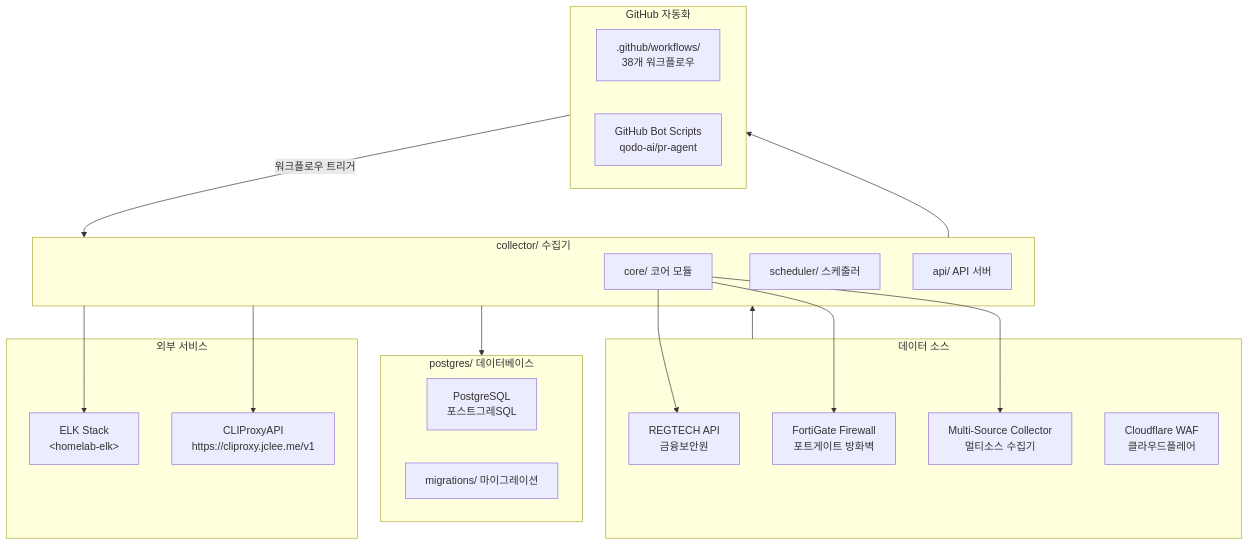
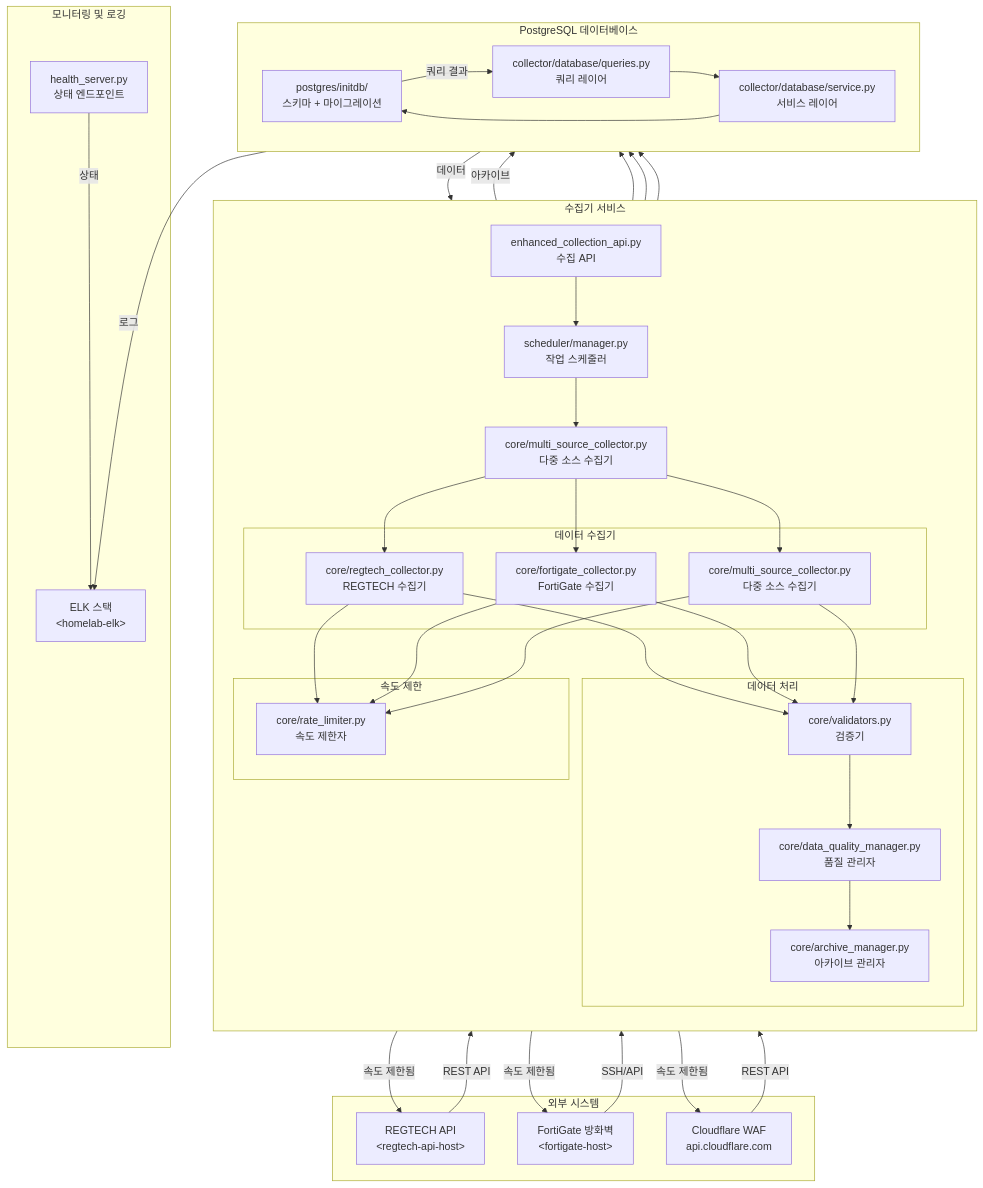
Before and after one commit to jclee941/blacklist: the second of 2 diagrams in README.md, drawn with Mermaid. The commit also changed other lines of this file, not shown here.

````diff
--- a/README.md
+++ b/README.md
@@ -470,41 +409,82 @@
 ```mermaid
 flowchart TB
-    subgraph DataSources["데이터 소스"]
-        REGTECH["REGTECH API<br/>금융보안원"]
-        FORTIGATE["FortiGate Firewall<br/>포트게이트 방화벽"]
-        MULTI["Multi-Source Collector<br/>멀티소스 수집기"]
-        CLOUDFLARE["Cloudflare WAF<br/>클라우드플레어"]
+    subgraph External["외부 시스템"]
+        REGTECH["REGTECH API<br/>&lt;regtech-api-host&gt;"]
+        FortiGate["FortiGate 방화벽<br/>&lt;fortigate-host&gt;"]
+        Cloudflare["Cloudflare WAF<br/>api.cloudflare.com"]
     end
 
-    subgraph Collector["collector/ 수집기"]
-        CORE["core/ 코어 모듈"]
-        SCHEDULER["scheduler/ 스케줄러"]
-        API["api/ API 서버"]
-
-        CORE --> FORTIGATE
-        CORE --> REGTECH
-        CORE --> MULTI
+    subgraph Collector["수집기 서비스"]
+        direction TB
+        API["enhanced_collection_api.py<br/>수집 API"]
+        Scheduler["scheduler/manager.py<br/>작업 스케줄러"]
+        Core["core/multi_source_collector.py<br/>다중 소스 수집기"]
+        
+        subgraph Collectors["데이터 수집기"]
+            RT["core/regtech_collector.py<br/>REGTECH 수집기"]
+            FG["core/fortigate_collector.py<br/>FortiGate 수집기"]
+            MS["core/multi_source_collector.py<br/>다중 소스 수집기"]
+        end
+        
+        subgraph Processing["데이터 처리"]
+            VAL["core/validators.py<br/>검증기"]
+            QM["core/data_quality_manager.py<br/>품질 관리자"]
+            AM["core/archive_manager.py<br/>아카이브 관리자"]
+        end
+        
+        subgraph RateLimit["속도 제한"]
+            RL["core/rate_limiter.py<br/>속도 제한자"]
+        end
     end
 
-    subgraph Database["postgres/ 데이터베이스"]
-        PG["PostgreSQL<br/>포스트그레SQL"]
-        MIGRATIONS["migrations/ 마이그레이션"]
+    subgraph Database["PostgreSQL 데이터베이스"]
+        direction LR
+        PGB["postgres/initdb/<br/>스키마 + 마이그레이션"]
+        QUERIES["collector/database/queries.py<br/>쿼리 레이어"]
+        SERVICE["collector/database/service.py<br/>서비스 레이어"]
     end
 
-    subgraph GitHubAutomation["GitHub 자동화"]
-        WORKFLOWS[".github/workflows/<br/>38개 워크플로우"]
-        BOTS["GitHub Bot Scripts<br/>qodo-ai/pr-agent"]
+    subgraph Monitoring["모니터링 및 로깅"]
+        ELK["ELK 스택<br/>&lt;homelab-elk&gt;"]
+        HEALTH["health_server.py<br/>상태 엔드포인트"]
     end
 
-    subgraph ExternalServices["외부 서비스"]
-        ELK["ELK Stack<br/>&lt;homelab-elk&gt;"]
-        PROXY["CLIProxyAPI<br/>https://cliproxy.jclee.me/v1"]
-    end
-
-    DataSources --> Collector
-    Collector --> Database
-    Collector --> GitHubAutomation
-    GitHubAutomation -->|"워크플로우 트리거"| Collector
-    Collector --> ELK
-    Collector --> PROXY
+    REGTECH -->|"REST API"| RT
+    FortiGate -->|"SSH/API"| FG
+    Cloudflare -->|"REST API"| MS
+    
+    API --> Scheduler
+    Scheduler --> Core
+    Core --> RT
+    Core --> FG
+    Core --> MS
+    
+    RT --> VAL
+    FG --> VAL
+    MS --> VAL
+    
+    VAL --> QM
+    QM --> AM
+    AM -->|"아카이브"| PGB
+    
+    RT --> RL
+    FG --> RL
+    MS --> RL
+    
+    RL -->|"속도 제한됨"| REGTECH
+    RL -->|"속도 제한됨"| FortiGate
+    RL -->|"속도 제한됨"| Cloudflare
+    
+    RT --> QUERIES
+    FG --> QUERIES
+    MS --> QUERIES
+    
+    QUERIES --> SERVICE
+    SERVICE --> PGB
+    
+    PGB -->|"쿼리 결과"| QUERIES
+    QUERIES -->|"데이터"| Core
+    
+    SERVICE -->|"로그"| ELK
+    HEALTH -->|"상태"| ELK
 ```
````
